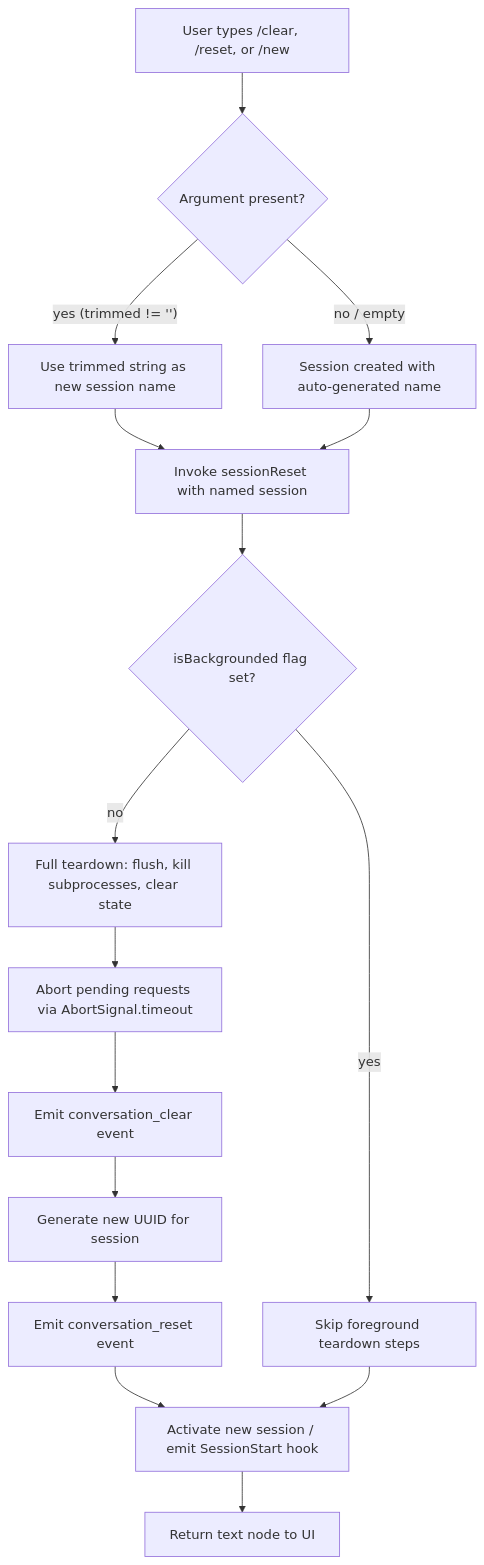
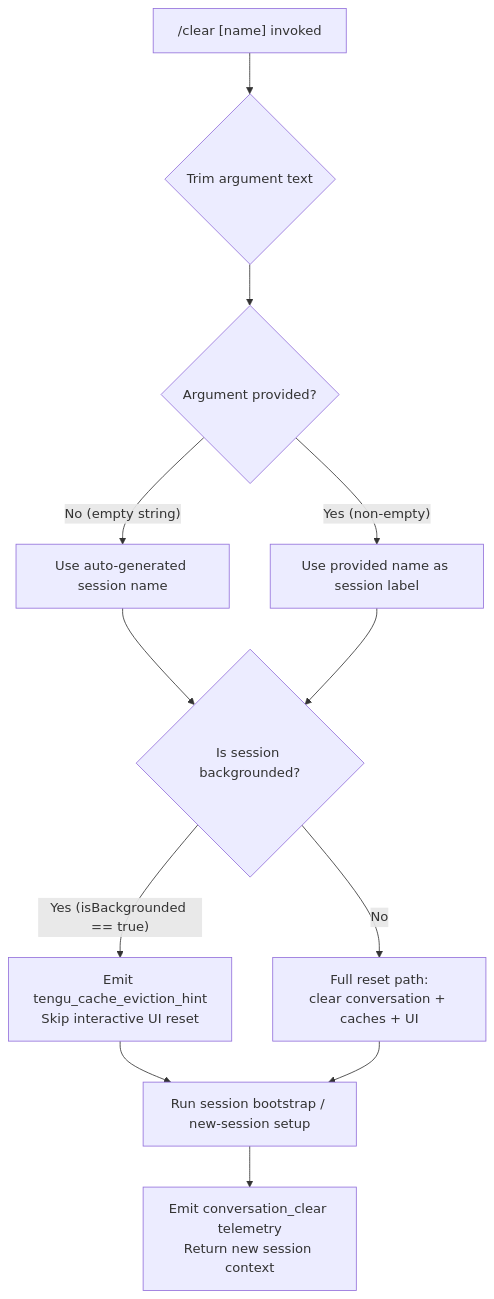
One commit to MyLittleLuckyDog/cc-gnothi changed the diagram in versions/v2.1.158/clear.md. Above: the diagram before and after it, drawn with Mermaid. The commit also changed other lines of this file and 593 other files, not shown here.

````diff
--- a/versions/v2.1.158/clear.md
+++ b/versions/v2.1.158/clear.md
@@ -49,18 +58,14 @@
 ```mermaid
 flowchart TD
-    A[User types /clear, /reset, or /new] --> B{Argument present?}
-    B -- "yes (trimmed != '')" --> C[Use trimmed string as new session name]
-    B -- "no / empty" --> D[Session created with auto-generated name]
-    C --> E[Invoke sessionReset with named session]
-    D --> E
-    E --> F{isBackgrounded flag set?}
-    F -- "yes" --> G[Skip foreground teardown steps]
-    F -- "no" --> H[Full teardown: flush, kill subprocesses, clear state]
-    H --> I[Abort pending requests via AbortSignal.timeout]
-    I --> J[Emit conversation_clear event]
-    J --> K[Generate new UUID for session]
-    K --> L[Emit conversation_reset event]
-    L --> M[Activate new session / emit SessionStart hook]
-    G --> M
-    M --> N[Return text node to UI]
+    A["/clear [name] invoked"] --> B{Trim argument text}
+    B --> C{Argument provided?}
+    C -- "No (empty string)" --> D[Use auto-generated session name]
+    C -- "Yes (non-empty)" --> E[Use provided name as session label]
+    D --> F{Is session backgrounded?}
+    E --> F
+    F -- "Yes (isBackgrounded == true)" --> G[Emit tengu_cache_eviction_hint\nSkip interactive UI reset]
+    F -- "No" --> H[Full reset path:\nclear conversation + caches + UI]
+    G --> I[Run session bootstrap / new-session setup]
+    H --> I
+    I --> J[Emit conversation_clear telemetry\nReturn new session context]
 ```
````
